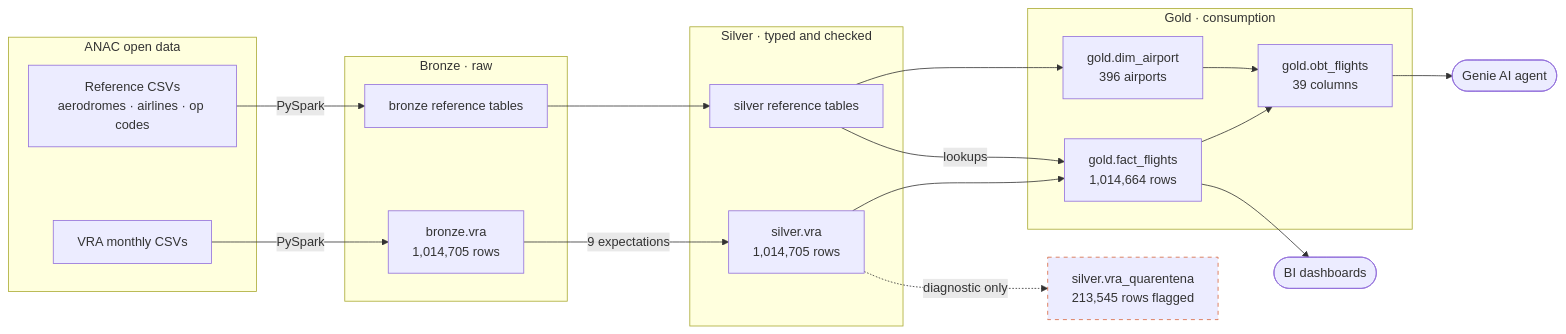
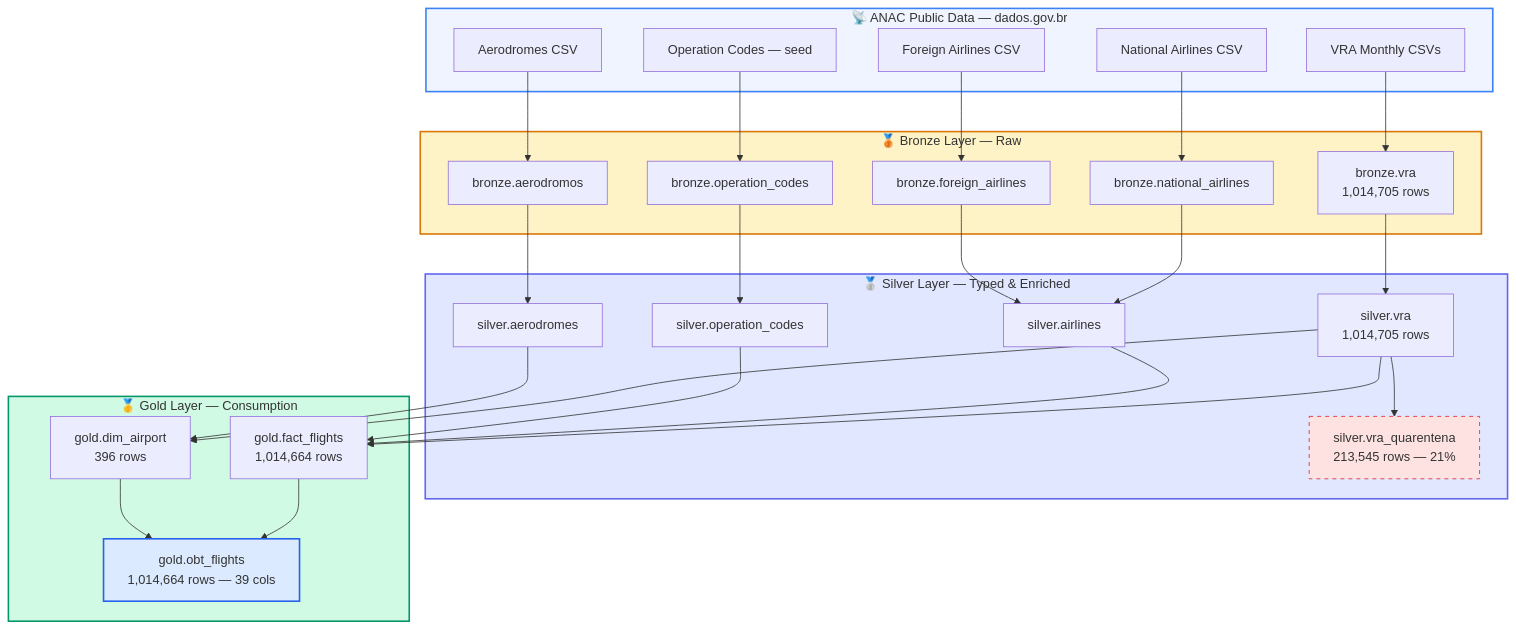
Before and after one commit to strohergustavo/anac-data-platform: the diagram in README.md, drawn with Mermaid. The commit also changed other lines of this file and 7 other files, not shown here.

First line of the commit message:
Sync notebooks with remote, fix Delta time-travel in bronze_reference

````diff
--- a/README.md
+++ b/README.md
@@ -15,43 +101,60 @@
 ```mermaid
-flowchart LR
-    subgraph SRC["ANAC open data"]
-        VRA["VRA monthly CSVs"]
-        REF["Reference CSVs<br/>aerodromes · airlines · op codes"]
+graph TD
+    subgraph Sources["📡 ANAC Public Data — dados.gov.br"]
+        VRA["VRA Monthly CSVs"]
+        AER["Aerodromes CSV"]
+        NAT["National Airlines CSV"]
+        FOR["Foreign Airlines CSV"]
+        OPC["Operation Codes — seed"]
     end
 
-    subgraph BRZ["Bronze · raw"]
+    subgraph Bronze["🥉 Bronze Layer — Raw"]
         BV["bronze.vra<br/>1,014,705 rows"]
-        BR["bronze reference tables"]
+        BA["bronze.aerodromos"]
+        BN["bronze.national_airlines"]
+        BF["bronze.foreign_airlines"]
+        BO["bronze.operation_codes"]
     end
 
-    subgraph SLV["Silver · typed and checked"]
+    subgraph Silver["🥈 Silver Layer — Typed & Enriched"]
         SV["silver.vra<br/>1,014,705 rows"]
-        SR["silver reference tables"]
+        SA["silver.aerodromes"]
+        SL["silver.airlines"]
+        SO["silver.operation_codes"]
+        SQ["silver.vra_quarentena<br/>213,545 rows — 21%"]
     end
 
-    subgraph GLD["Gold · consumption"]
+    subgraph Gold["🥇 Gold Layer — Consumption"]
         GF["gold.fact_flights<br/>1,014,664 rows"]
-        GD["gold.dim_airport<br/>396 airports"]
-        GO["gold.obt_flights<br/>39 columns"]
+        GD["gold.dim_airport<br/>396 rows"]
+        GO["gold.obt_flights<br/>1,014,664 rows — 39 cols"]
     end
 
-    SQ["silver.vra_quarentena<br/>213,545 rows flagged"]
-    BI(["BI dashboards"])
-    GN(["Genie AI agent"])
+    VRA --> BV
+    AER --> BA
+    NAT --> BN
+    FOR --> BF
+    OPC --> BO
 
-    VRA -->|PySpark| BV
-    REF -->|PySpark| BR
-    BV -->|9 expectations| SV
-    BR --> SR
+    BV --> SV
+    BA --> SA
+    BN --> SL
+    BF --> SL
+    BO --> SO
+    SV --> SQ
+
     SV --> GF
-    SR -->|lookups| GF
-    SR --> GD
+    SL --> GF
+    SO --> GF
+    SV --> GD
+    SA --> GD
     GF --> GO
     GD --> GO
-    GF --> BI
-    GO --> GN
-    SV -.->|diagnostic only| SQ
 
-    classDef quarantine stroke:#D9663E,stroke-dasharray:5 5
-    class SQ quarantine
+    style Sources fill:#f0f4ff,stroke:#3b82f6,stroke-width:2px
+    style Bronze fill:#fef3c7,stroke:#d97706,stroke-width:2px
+    style Silver fill:#e0e7ff,stroke:#6366f1,stroke-width:2px
+    style Gold fill:#d1fae5,stroke:#059669,stroke-width:2px
+    style SQ fill:#fee2e2,stroke:#dc2626,stroke-width:1px,stroke-dasharray:5 5
+    style GO fill:#dbeafe,stroke:#2563eb,stroke-width:2px
 ```
````
